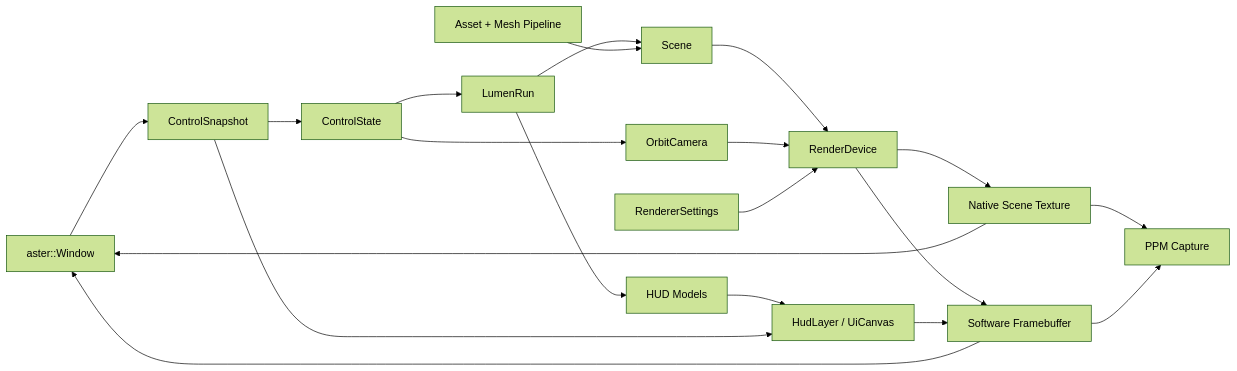
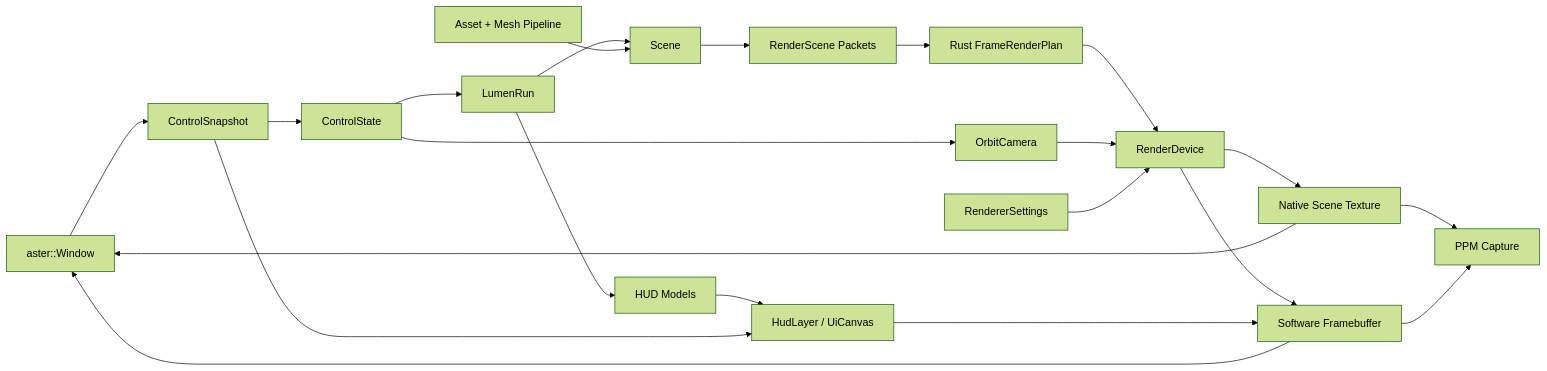
Before and after one commit to farukalpay/Aster-Learning-Engine: the diagram in docs/ARCHITECTURE.md, drawn with Mermaid (forest theme). The commit also changed other lines of this file and 26 other files, not shown here.

````diff
--- a/docs/ARCHITECTURE.md
+++ b/docs/ARCHITECTURE.md
@@ -85,22 +101,24 @@
 ```mermaid
 flowchart LR
   Platform["aster::Window"] --> Snapshot["ControlSnapshot"]
   Snapshot --> Controls["ControlState"]
   Controls --> Game["LumenRun"]
   Controls --> Camera["OrbitCamera"]
   Game --> Scene["Scene"]
   Assets["Asset + Mesh Pipeline"] --> Scene
-  Scene --> Renderer["RenderDevice"]
+  Scene --> RenderScene["RenderScene Packets"]
+  RenderScene --> RustPlan["Rust FrameRenderPlan"]
+  RustPlan --> Renderer["RenderDevice"]
   Camera --> Renderer
   Settings["RendererSettings"] --> Renderer
   Renderer --> NativeScene["Native Scene Texture"]
   Renderer --> Framebuffer["Software Framebuffer"]
   NativeScene --> Platform
   Framebuffer --> Platform
   NativeScene --> Capture["PPM Capture"]
   Framebuffer --> Capture
   Game --> HudModel["HUD Models"]
   HudModel --> UI["HudLayer / UiCanvas"]
   Snapshot --> UI
   UI --> Framebuffer
 ```
````
